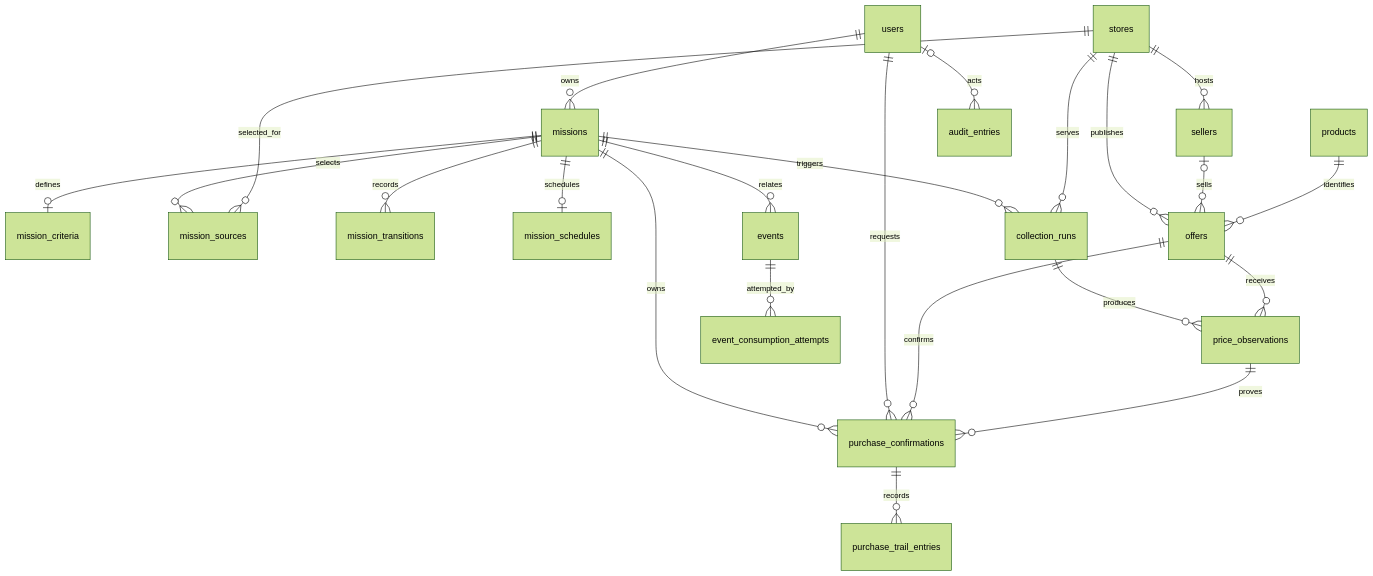
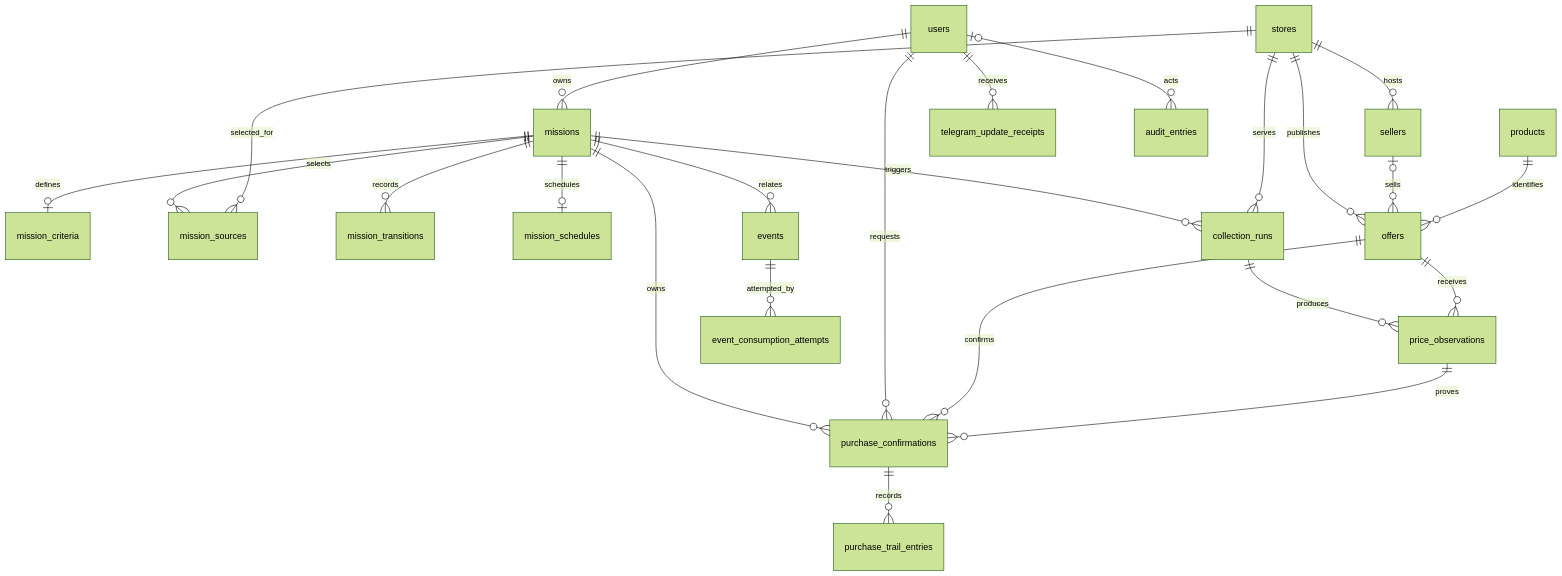
The diagram in docs/DATABASE.md (jhonnatancesar/AIShoppingAgent), drawn with Mermaid (forest theme) before and after one commit. The commit also changed other lines of this file and 53 other files, not shown here.

````diff
--- a/docs/DATABASE.md
+++ b/docs/DATABASE.md
@@ -18,25 +18,26 @@
 ```mermaid
 erDiagram
     users ||--o{ missions : owns
     missions ||--o| mission_criteria : defines
     missions ||--o{ mission_sources : selects
     stores ||--o{ mission_sources : selected_for
     missions ||--o{ mission_transitions : records
     missions ||--o| mission_schedules : schedules
     missions ||--o{ collection_runs : triggers
     stores ||--o{ offers : publishes
     stores ||--o{ sellers : hosts
     sellers o|--o{ offers : sells
     products ||--o{ offers : identifies
     collection_runs ||--o{ price_observations : produces
     offers ||--o{ price_observations : receives
     missions ||--o{ purchase_confirmations : owns
     users ||--o{ purchase_confirmations : requests
     offers ||--o{ purchase_confirmations : confirms
     price_observations ||--o{ purchase_confirmations : proves
     purchase_confirmations ||--o{ purchase_trail_entries : records
     missions ||--o{ events : relates
     events ||--o{ event_consumption_attempts : attempted_by
+    users ||--o{ telegram_update_receipts : receives
     stores ||--o{ collection_runs : serves
     users o|--o{ audit_entries : acts
 ```
````
